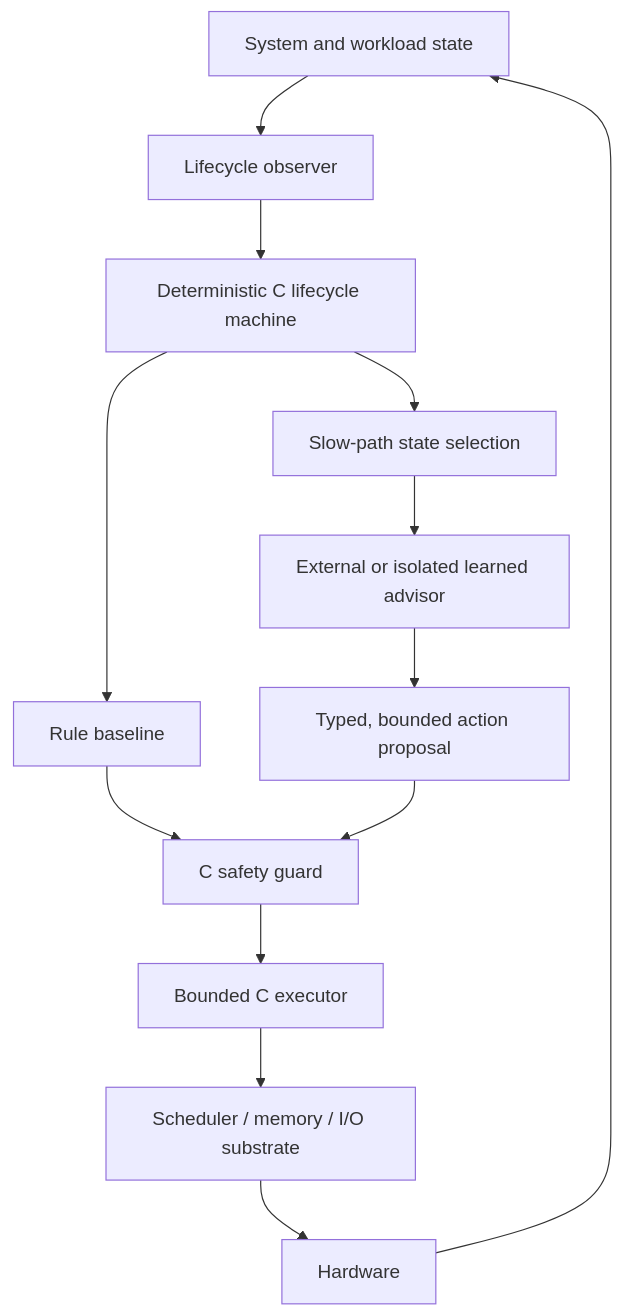
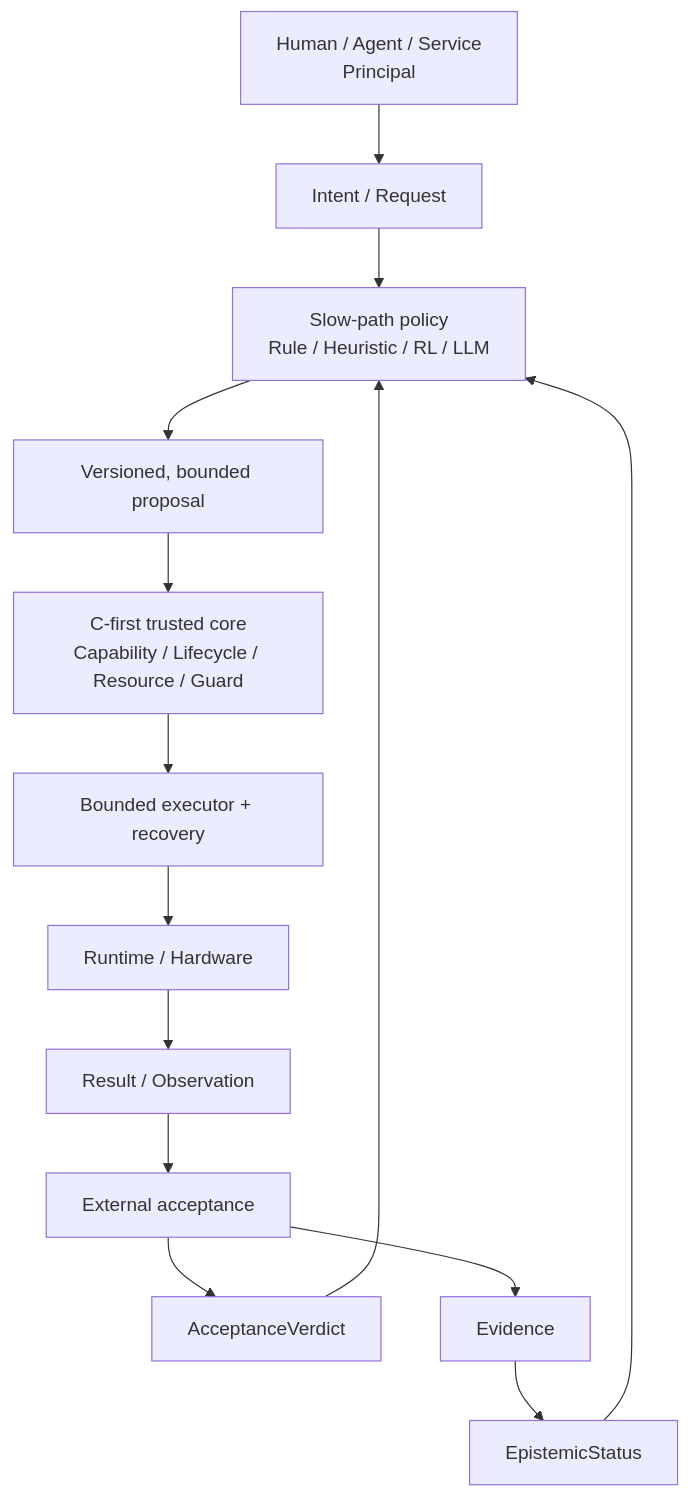
One commit to NoctilumeDev/FlowKernel changed the diagram in README.md. Above: the diagram before and after it, drawn with Mermaid. The commit also changed other lines of this file and 15 other files, not shown here.

Commit message:
docs: define bounded AI execution OS charter

````diff
--- a/README.md
+++ b/README.md
@@ -59,15 +74,16 @@
 ```mermaid
 flowchart TD
-    state["System and workload state"] --> observe["Lifecycle observer"]
-    observe --> lifecycle["Deterministic C lifecycle machine"]
-    lifecycle --> baseline["Rule baseline"]
-    lifecycle --> attention["Slow-path state selection"]
-    attention --> policy["External or isolated learned advisor"]
-    policy --> proposal["Typed, bounded action proposal"]
-    baseline --> guard["C safety guard"]
-    proposal --> guard
-    guard --> control["Bounded C executor"]
-    control --> runtime["Scheduler / memory / I/O substrate"]
-    runtime --> hardware["Hardware"]
-    hardware --> state
+    principal["Human / Agent / Service\nPrincipal"] --> intent["Intent / Request"]
+    intent --> policy["Slow-path policy\nRule / Heuristic / RL / LLM"]
+    policy --> proposal["Versioned, bounded proposal"]
+    proposal --> guard["C-first trusted core\nCapability / Lifecycle / Resource / Guard"]
+    guard --> control["Bounded executor + recovery"]
+    control --> runtime["Runtime / Hardware"]
+    runtime --> observation["Result / Observation"]
+    observation --> acceptance["External acceptance"]
+    acceptance --> runVerdict["AcceptanceVerdict"]
+    acceptance --> evidence["Evidence"]
+    evidence --> epistemic["EpistemicStatus"]
+    runVerdict --> policy
+    epistemic --> policy
 ```
````
